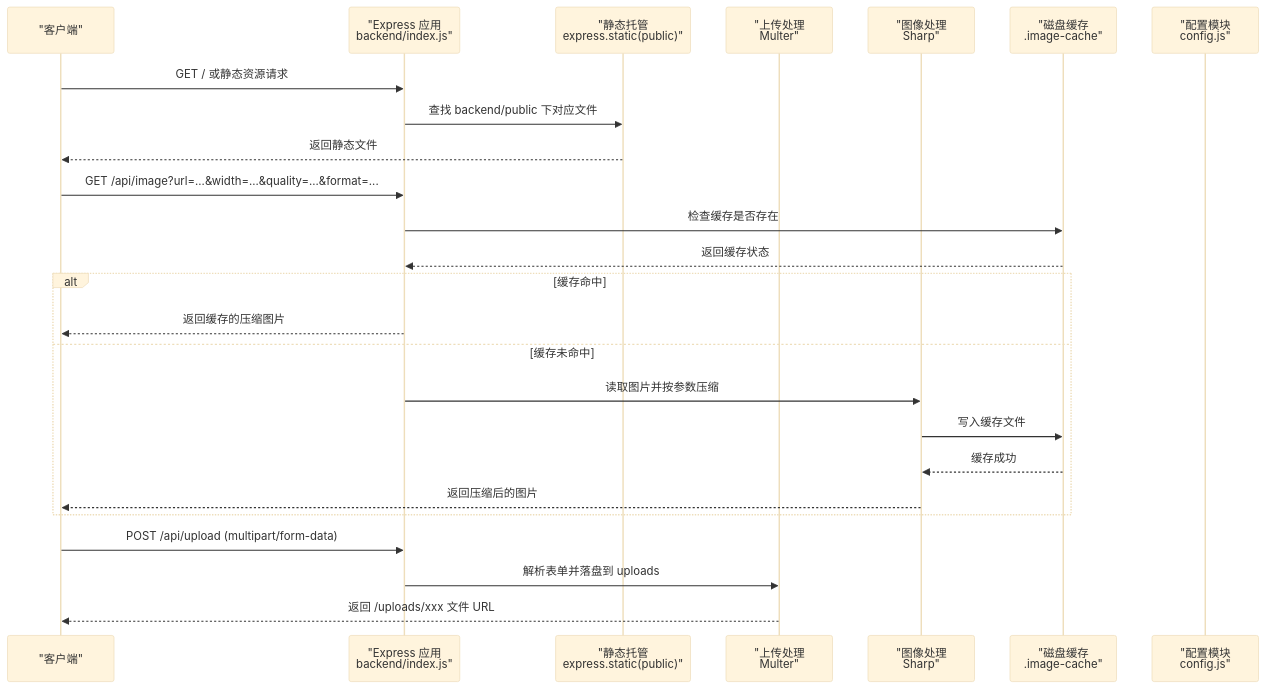
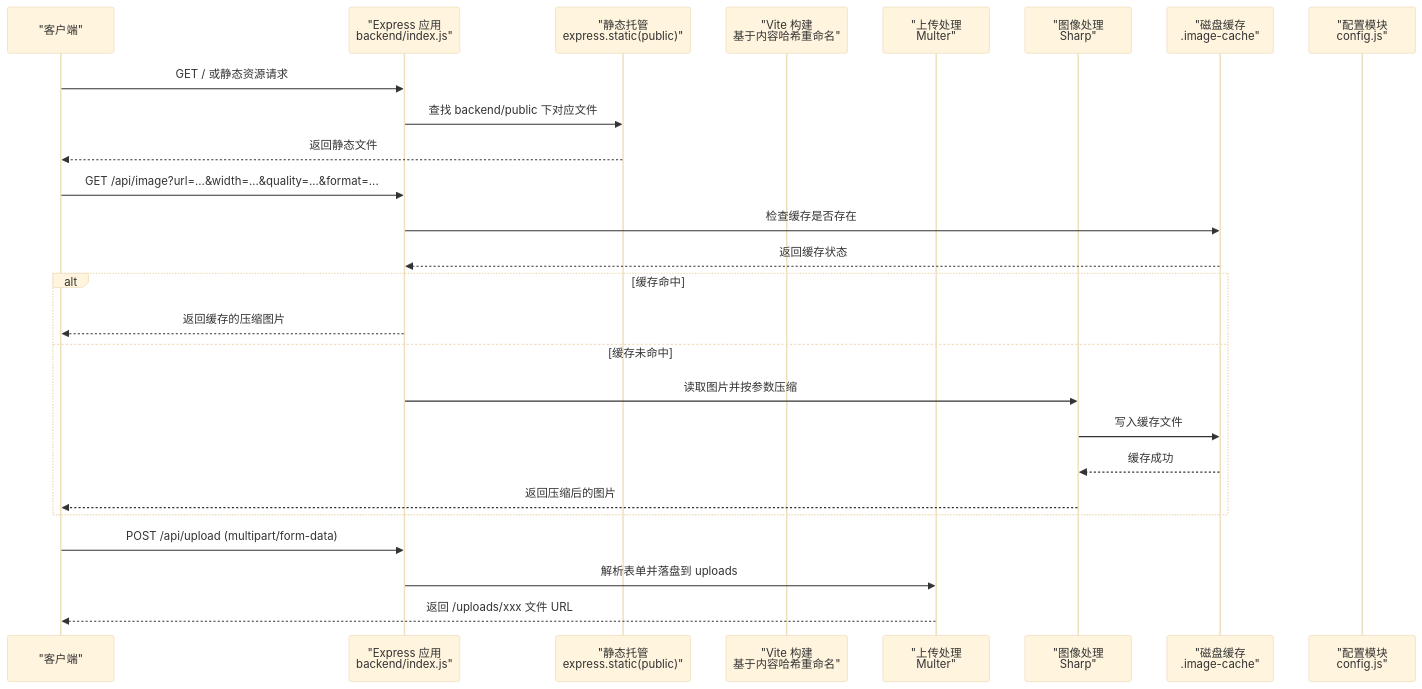
One commit to Giraffe-Han/microAPP changed the second of 5 diagrams in .qoder/repowiki/zh/content/后端服务架构/核心服务模块/静态文件服务.md. Above: the diagram before and after it, drawn with Mermaid (base theme). The commit also changed other lines of this file and 176 other files, not shown here.

````diff
--- a/.qoder/repowiki/zh/content/后端服务架构/核心服务模块/静态文件服务.md
+++ b/.qoder/repowiki/zh/content/后端服务架构/核心服务模块/静态文件服务.md
@@ -105,27 +122,28 @@
 ```mermaid
 sequenceDiagram
 participant Client as "客户端"
 participant Express as "Express 应用<br/>backend/index.js"
 participant Static as "静态托管<br/>express.static(public)"
+participant Build as "Vite 构建<br/>基于内容哈希重命名"
 participant Upload as "上传处理<br/>Multer"
 participant Sharp as "图像处理<br/>Sharp"
 participant Cache as "磁盘缓存<br/>.image-cache"
 participant Config as "配置模块<br/>config.js"
 Client->>Express : GET / 或静态资源请求
 Express->>Static : 查找 backend/public 下对应文件
 Static-->>Client : 返回静态文件
 Client->>Express : GET /api/image?url=...&width=...&quality=...&format=...
 Express->>Cache : 检查缓存是否存在
 Cache-->>Express : 返回缓存状态
 alt 缓存命中
 Express-->>Client : 返回缓存的压缩图片
 else 缓存未命中
 Express->>Sharp : 读取图片并按参数压缩
 Sharp->>Cache : 写入缓存文件
 Cache-->>Sharp : 缓存成功
 Sharp-->>Client : 返回压缩后的图片
 end
 Client->>Express : POST /api/upload (multipart/form-data)
 Express->>Upload : 解析表单并落盘到 uploads
 Upload-->>Client : 返回 /uploads/xxx 文件 URL
 ```
````
